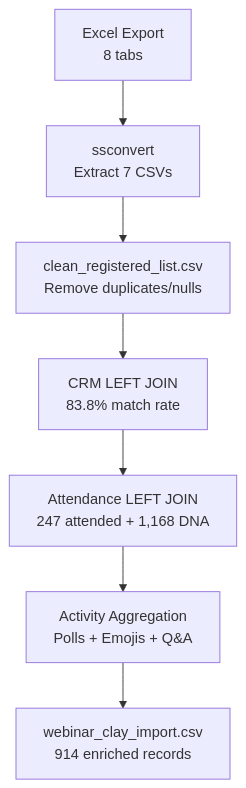
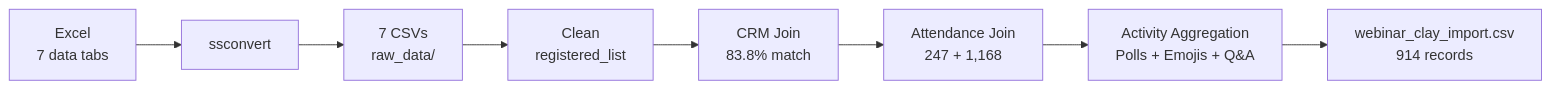
The first of 3 diagrams in README.md (frankterpo/clay_gtm), drawn with Mermaid before and after one commit.

Commit message:
🔧 FIXED DATA FLOW DIAGRAM - More Compact & Accurate
PROBLEM:
- Inconsistency: '8 tabs' but extracting '7 CSVs'
- Vertical layout taking excessive space
- Verbose node labels making diagram cluttered

SOLUTION:
✅ **Fixed tab count**: '7 data tabs' → matches 7 CSVs extracted
✅ **Horizontal layout**: Changed from TD (top-down) to LR (left-right)
✅ **Compact design**: Concise node labels, single line flow
✅ **Space efficient**: Reduced from 8 lines to 2 lines of diagram

IMPACT:
- ✅ **Accurate representation**: 7 data tabs = 7 CSVs extracted
- ✅ **Better space usage**: Horizontal flow fits more naturally
- ✅ **Cleaner visualization**: Less cluttered, more professional
- ✅ **Maintained technical detail**: All key processing steps preserved

Data flow diagram now compact, accurate, and space-efficient! 🚀📊✨

````diff
--- a/README.md
+++ b/README.md
@@ -17,9 +17,4 @@
 ```mermaid
-flowchart TD
-    A[Excel Export<br/>8 tabs] --> B[ssconvert<br/>Extract 7 CSVs]
-    B --> C[clean_registered_list.csv<br/>Remove duplicates/nulls]
-    C --> D[CRM LEFT JOIN<br/>83.8% match rate]
-    D --> E[Attendance LEFT JOIN<br/>247 attended + 1,168 DNA]
-    E --> F[Activity Aggregation<br/>Polls + Emojis + Q&A]
-    F --> G[webinar_clay_import.csv<br/>914 enriched records]
+flowchart LR
+    A[Excel<br/>7 data tabs] --> B[ssconvert] --> C[7 CSVs<br/>raw_data/] --> D[Clean<br/>registered_list] --> E[CRM Join<br/>83.8% match] --> F[Attendance Join<br/>247 + 1,168] --> G[Activity Aggregation<br/>Polls + Emojis + Q&A] --> H[webinar_clay_import.csv<br/>914 records]
 ```
````
